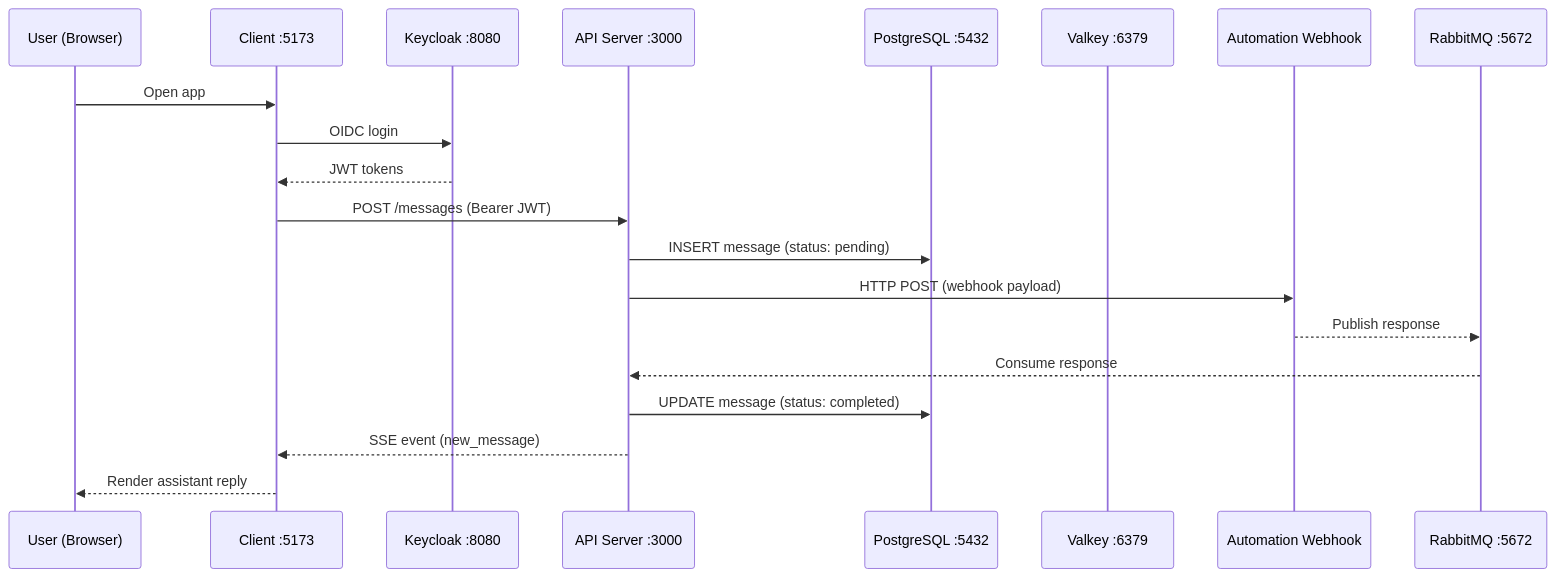
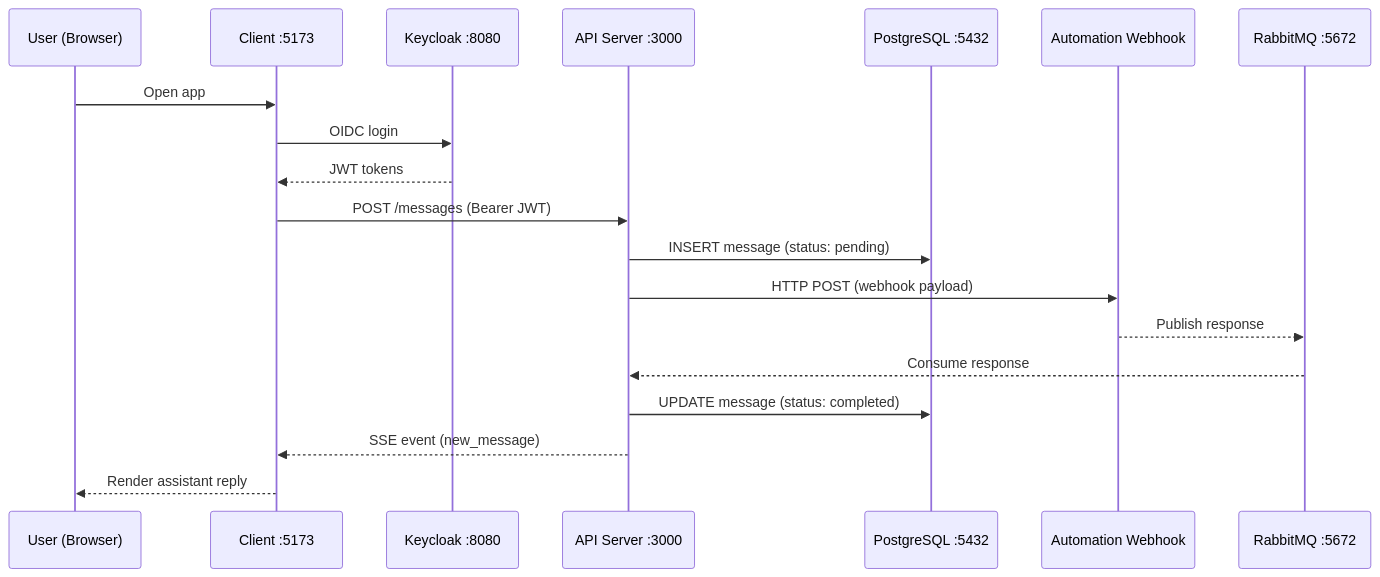
One commit to ewilhelmy-resolve/resolve-prototypes changed the second of 2 diagrams in docs/infrastructure.md. Above: the diagram before and after it, drawn with Mermaid. The commit also changed other lines of this file, not shown here.

````diff
--- a/docs/infrastructure.md
+++ b/docs/infrastructure.md
@@ -54,23 +54,22 @@
 ```mermaid
 sequenceDiagram
     participant U as User (Browser)
     participant FE as Client :5173
     participant KC as Keycloak :8080
     participant API as API Server :3000
     participant PG as PostgreSQL :5432
-    participant VK as Valkey :6379
     participant WH as Automation Webhook
     participant RMQ as RabbitMQ :5672
 
     U->>FE: Open app
     FE->>KC: OIDC login
     KC-->>FE: JWT tokens
     FE->>API: POST /messages (Bearer JWT)
     API->>PG: INSERT message (status: pending)
     API->>WH: HTTP POST (webhook payload)
     WH-->>RMQ: Publish response
     RMQ-->>API: Consume response
     API->>PG: UPDATE message (status: completed)
     API-->>FE: SSE event (new_message)
     FE-->>U: Render assistant reply
 ```
````
